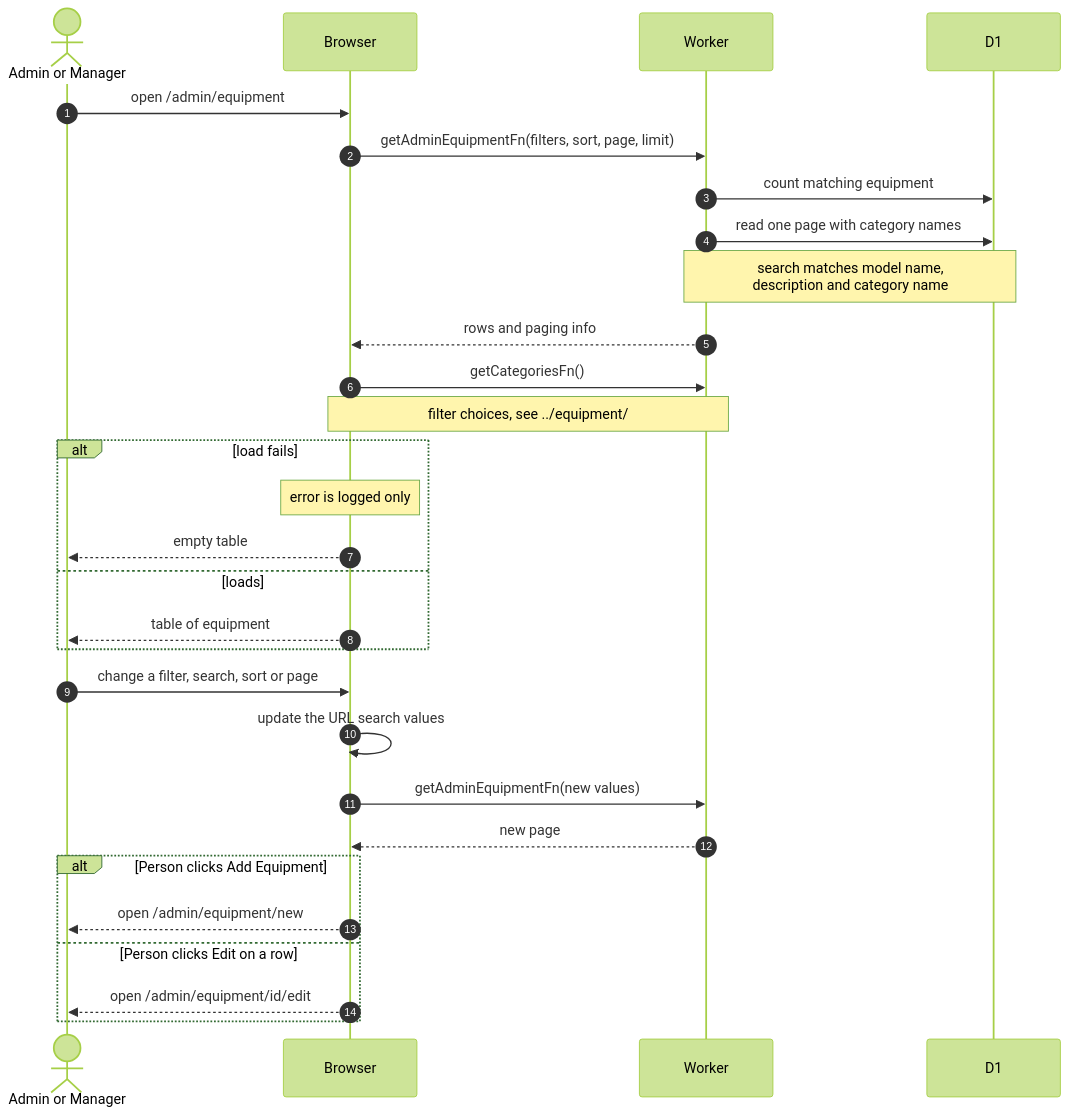
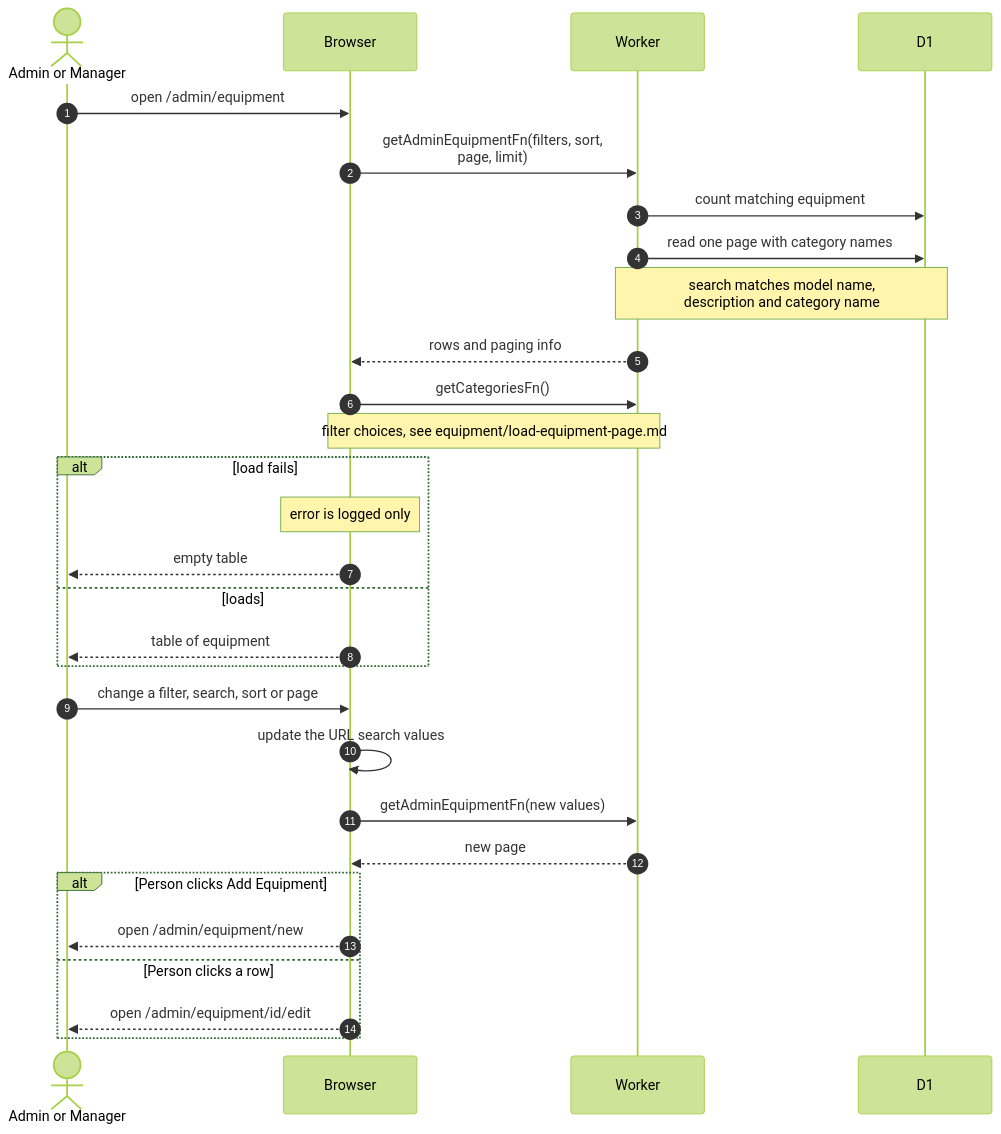
Before and after one commit to sagyzdop/meriksirat: the diagram in docs/scenarios/admin/equipment-list.md, drawn with Mermaid (forest theme). The commit also changed other lines of this file and 24 other files, not shown here.

Commit message:
docs(scenarios): verify admin diagrams against the code

````diff
--- a/docs/scenarios/admin/equipment-list.md
+++ b/docs/scenarios/admin/equipment-list.md
@@ -13,32 +14,32 @@
 ```mermaid
 sequenceDiagram
     autonumber
     actor Person as Admin or Manager
     participant Browser
     participant Worker
     participant D1
 
     Person->>Browser: open /admin/equipment
-    Browser->>Worker: getAdminEquipmentFn(filters, sort, page, limit)
+    Browser->>Worker: getAdminEquipmentFn(filters, sort,<br/>page, limit)
     Worker->>D1: count matching equipment
     Worker->>D1: read one page with category names
     Note over Worker,D1: search matches model name,<br/>description and category name
     Worker-->>Browser: rows and paging info
     Browser->>Worker: getCategoriesFn()
-    Note over Browser,Worker: filter choices, see ../equipment/
+    Note over Browser,Worker: filter choices, see equipment/load-equipment-page.md
     alt load fails
         Note over Browser: error is logged only
         Browser-->>Person: empty table
     else loads
         Browser-->>Person: table of equipment
     end
     Person->>Browser: change a filter, search, sort or page
     Browser->>Browser: update the URL search values
     Browser->>Worker: getAdminEquipmentFn(new values)
     Worker-->>Browser: new page
     alt Person clicks Add Equipment
         Browser-->>Person: open /admin/equipment/new
-    else Person clicks Edit on a row
+    else Person clicks a row
         Browser-->>Person: open /admin/equipment/id/edit
     end
 ```
````
